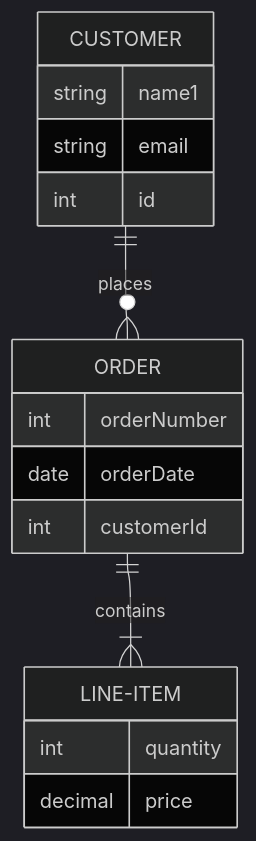
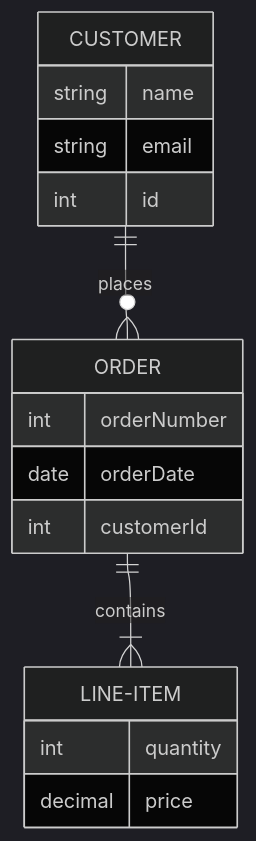
One commit to onlyutkarsh/mermaid-diagram-lens changed the first of 7 diagrams in test-diagram.md. Above: the diagram before and after it, drawn with Mermaid (dark theme). The commit also changed other lines of this file and 4 other files, not shown here.

Commit message:
feat: update icon paths and enhance Mermaid preview functionality with selection change handling

````diff
--- a/test-diagram.md
+++ b/test-diagram.md
@@ -7,26 +10,26 @@
 ```mermaid
 ---
 config:
   layout: elk
   elk:
     mergeEdges: false
     nodePlacementStrategy: LINEAR_SEGMENTS
 ---
 erDiagram
     CUSTOMER ||--o{ ORDER : places
     ORDER ||--|{ LINE-ITEM : contains
     CUSTOMER {
-        string name1
+        string name
         string email
         int id
     }
     ORDER {
         int orderNumber
         date orderDate
         int customerId
     }
     LINE-ITEM {
         int quantity
         decimal price
     }
 ```
````
